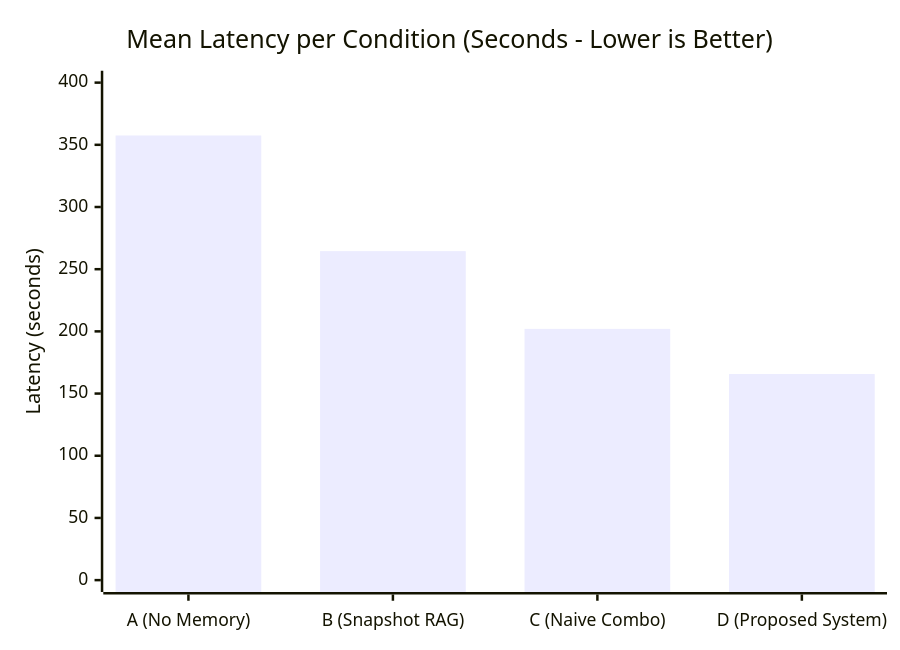
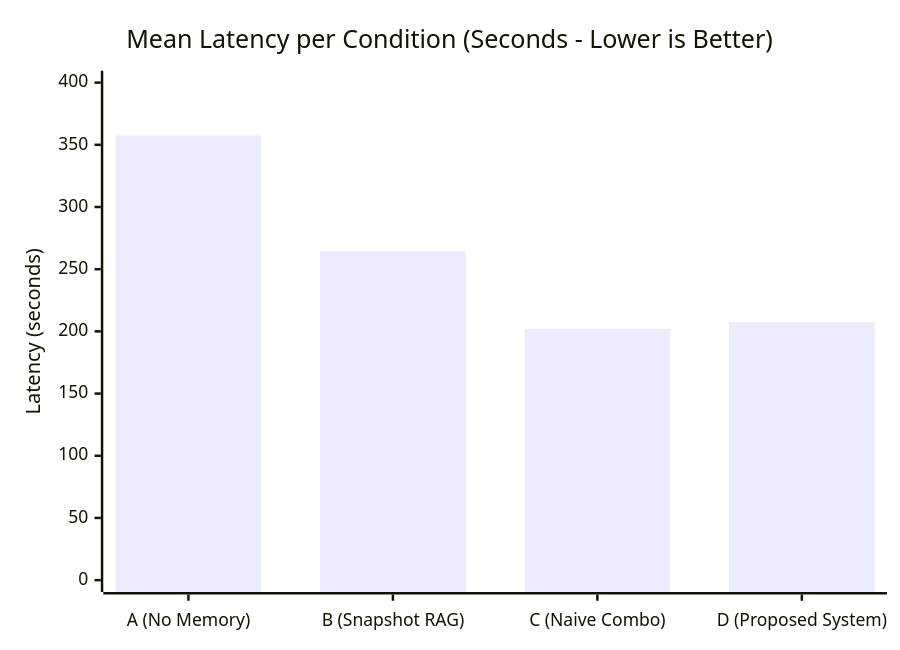
One commit to abhitrueprogrammer/fds_memory changed the diagram in EXPERIMENT_RESULTS.md. Above: the diagram before and after it, drawn with Mermaid. The commit also changed other lines of this file and 3 other files, not shown here.

````diff
--- a/EXPERIMENT_RESULTS.md
+++ b/EXPERIMENT_RESULTS.md
@@ -48,7 +48,7 @@
 ```mermaid
 xychart-beta
     title "Mean Latency per Condition (Seconds - Lower is Better)"
     x-axis ["A (No Memory)", "B (Snapshot RAG)", "C (Naive Combo)", "D (Proposed System)"]
     y-axis "Latency (seconds)" 0 --> 400
-    bar [357.5, 264.5, 202.0, 165.7]
+    bar [357.5, 264.5, 202.0, 207.3]
 ```
````
